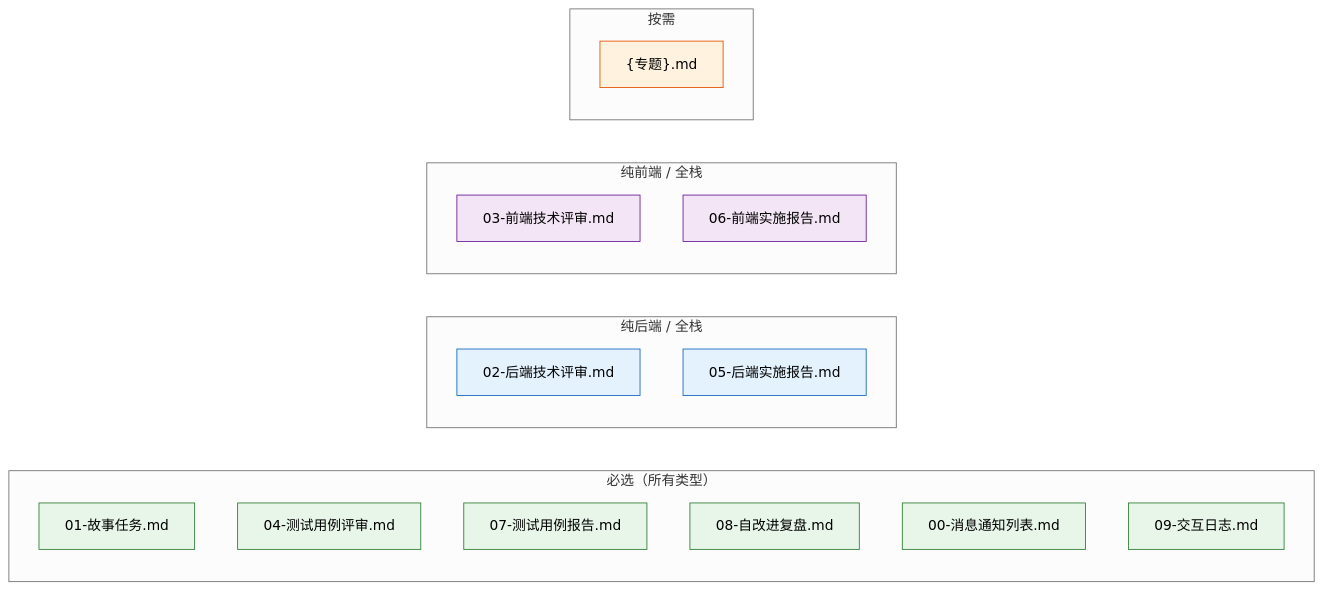
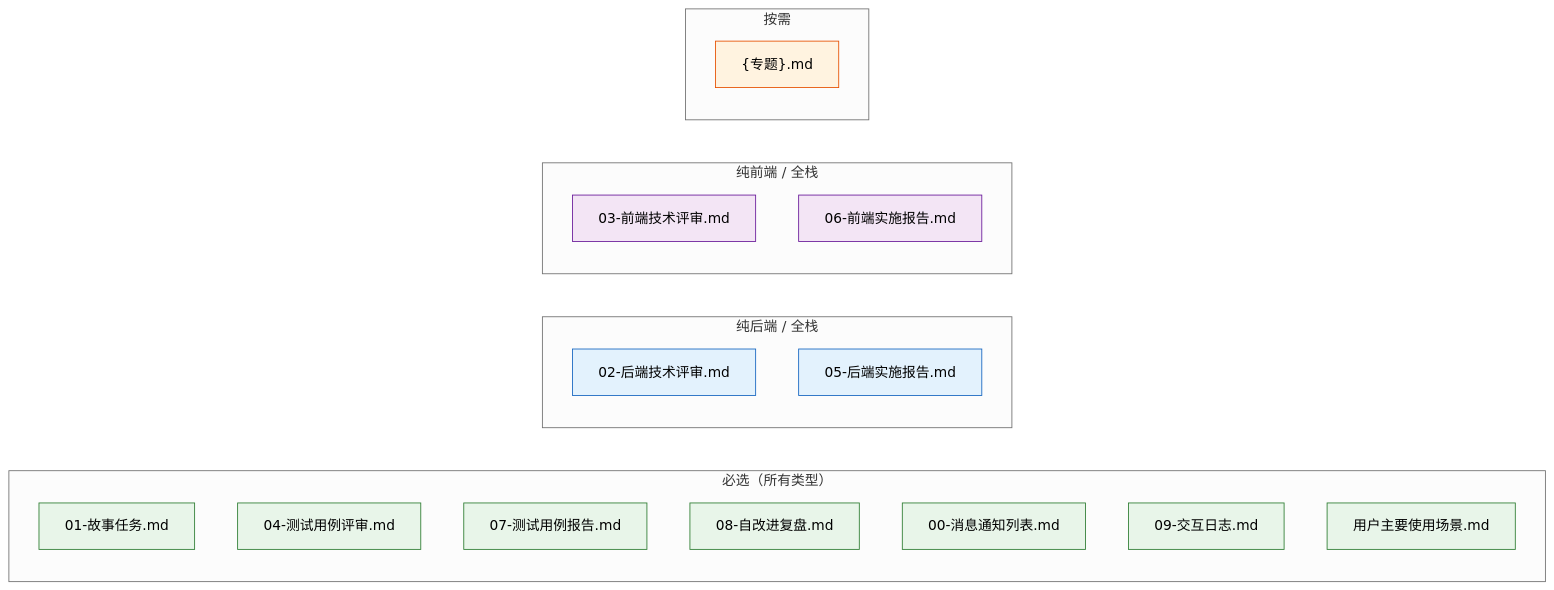
Before and after one commit to effiy/YrY: the first of 5 diagrams in skills/rui/coder.md, drawn with Mermaid (neutral theme). The commit also changed other lines of this file and 7 other files, not shown here.

````diff
--- a/skills/rui/coder.md
+++ b/skills/rui/coder.md
@@ -18,27 +18,28 @@
 ```mermaid
 flowchart LR
     subgraph 必选["必选（所有类型）"]
         B1["01-故事任务.md"]:::must
         B2["04-测试用例评审.md"]:::must
         B3["07-测试用例报告.md"]:::must
         B4["08-自改进复盘.md"]:::must
         B5["00-消息通知列表.md"]:::must
         B6["09-交互日志.md"]:::must
+        B7["用户主要使用场景.md"]:::must
     end
     subgraph 后端["纯后端 / 全栈"]
         C1["02-后端技术评审.md"]:::be
         C2["05-后端实施报告.md"]:::be
     end
     subgraph 前端["纯前端 / 全栈"]
         D1["03-前端技术评审.md"]:::fe
         D2["06-前端实施报告.md"]:::fe
     end
     subgraph 补充["按需"]
         E1["{专题}.md"]:::supp
     end
 
     classDef must fill:#e8f5e9,stroke:#2e7d32;
     classDef be fill:#e3f2fd,stroke:#1565c0;
     classDef fe fill:#f3e5f5,stroke:#6a1b9a;
     classDef supp fill:#fff3e0,stroke:#e65100;
 ```
````
